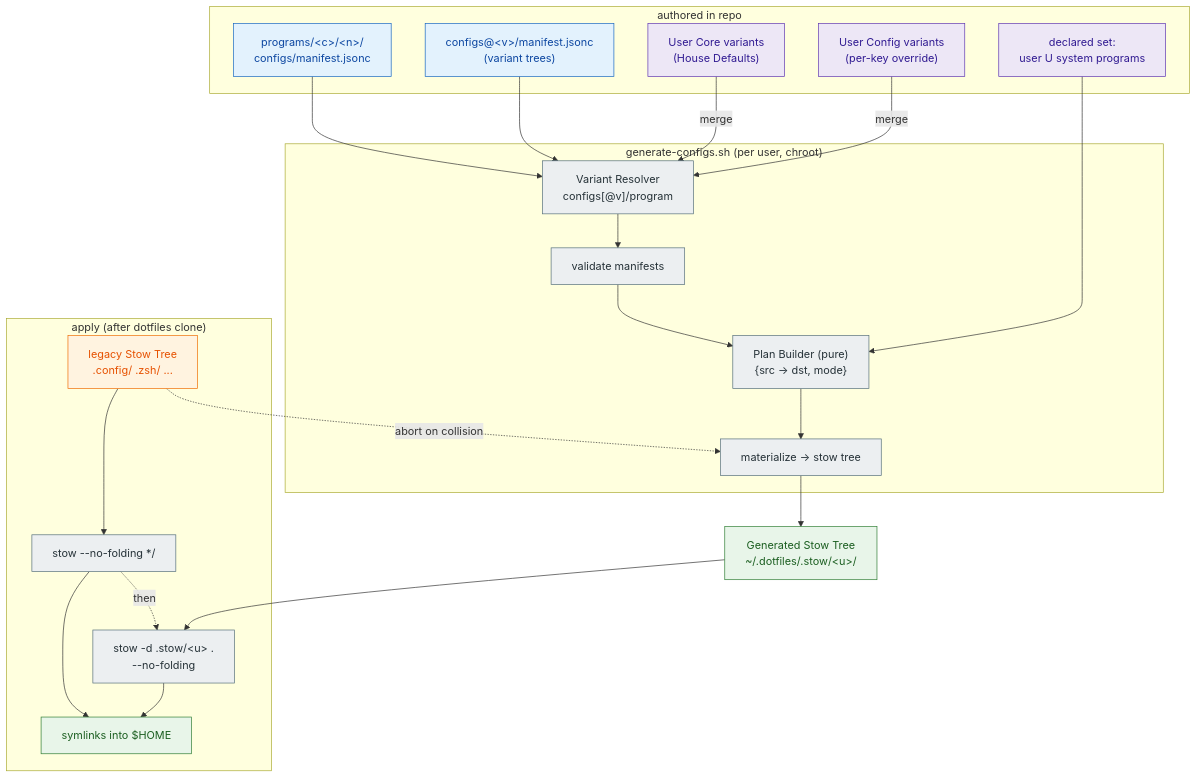
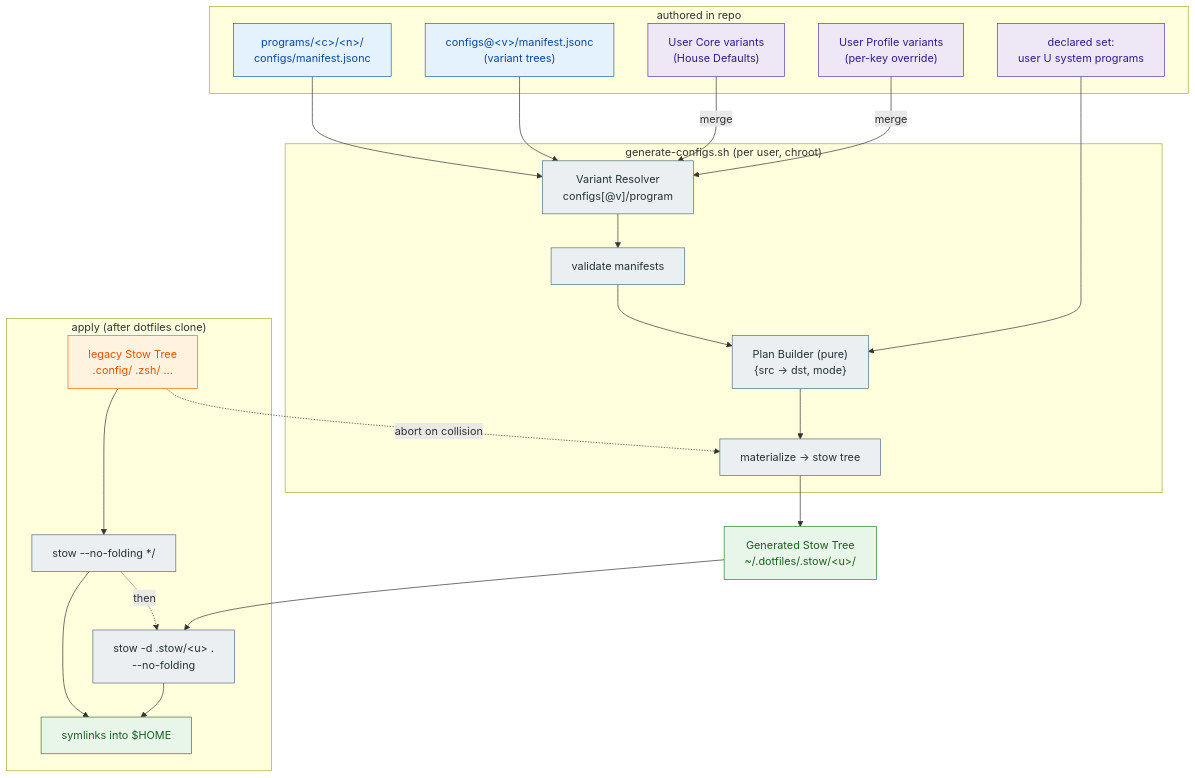
The fourth of 4 diagrams in .os/ARCHITECTURE.md (Aquastias/Arch-Dotfiles), drawn with Mermaid before and after one commit. The commit also changed other lines of this file and 2 other files, not shown here.

Commit message:
docs(profile): Rewrite ARCHITECTURE diagrams + CONTEXT glossary (ADR 0036)

````diff
--- a/.os/ARCHITECTURE.md
+++ b/.os/ARCHITECTURE.md
@@ -278,43 +280,43 @@
 ```mermaid
 flowchart TD
   classDef src fill:#e3f2fd,stroke:#1565c0,color:#0d47a1
   classDef sel fill:#ede7f6,stroke:#5e35b1,color:#311b92
   classDef proc fill:#eceff1,stroke:#546e7a,color:#263238
   classDef out fill:#e8f5e9,stroke:#2e7d32,color:#1b5e20
   classDef leg fill:#fff3e0,stroke:#ef6c00,color:#e65100
 
   subgraph AUTH["authored in repo"]
     T0["programs/&lt;c&gt;/&lt;n&gt;/<br/>configs/manifest.jsonc"]:::src
     TV["configs@&lt;v&gt;/manifest.jsonc<br/>(variant trees)"]:::src
     UCv["User Core variants<br/>(House Defaults)"]:::sel
-    USv["User Config variants<br/>(per-key override)"]:::sel
+    USv["User Profile variants<br/>(per-key override)"]:::sel
     DECL["declared set:<br/>user U system programs"]:::sel
   end
 
   subgraph GEN["generate-configs.sh (per user, chroot)"]
     VR["Variant Resolver<br/>configs[@v]/program"]:::proc
     VAL["validate manifests"]:::proc
     PB["Plan Builder (pure)<br/>{src -> dst, mode}"]:::proc
     MAT["materialize -> stow tree"]:::proc
   end
 
   GST["Generated Stow Tree<br/>~/.dotfiles/.stow/&lt;u&gt;/"]:::out
 
   subgraph APPLY["apply (after dotfiles clone)"]
     LEG["legacy Stow Tree<br/>.config/ .zsh/ ..."]:::leg
     S1["stow --no-folding */"]:::proc
     S2["stow -d .stow/&lt;u&gt; .<br/>--no-folding"]:::proc
     HOME["symlinks into $HOME"]:::out
   end
 
   UCv-->|merge|VR
   USv-->|merge|VR
   T0-->VR
   TV-->VR
   DECL-->PB
   VR-->VAL-->PB-->MAT-->GST
   LEG-->S1-->HOME
   GST-->S2-->HOME
   S1-.then.->S2
   LEG-.abort on collision.->MAT
 ```
````
